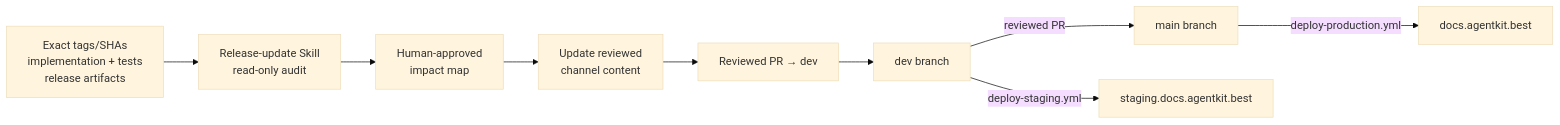
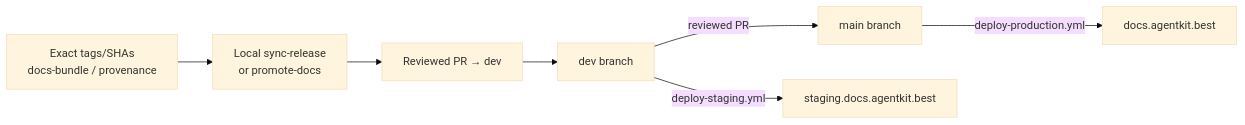
One commit to bestagentkits/agentkit-docs changed the first of 3 diagrams in docs/workflows/release-and-deploy.md. Above: the diagram before and after it, drawn with Mermaid (base theme). The commit also changed other lines of this file and 100 other files, not shown here.

````diff
--- a/docs/workflows/release-and-deploy.md
+++ b/docs/workflows/release-and-deploy.md
@@ -17,17 +26,15 @@
 ```mermaid
 flowchart LR
-  EVIDENCE["Exact tags/SHAs<br/>implementation + tests<br/>release artifacts"]
-  AUDIT["Release-update Skill<br/>read-only audit"]
-  IMPACT["Human-approved<br/>impact map"]
-  CONTENT["Update reviewed<br/>channel content"]
+  EVIDENCE["Exact tags/SHAs<br/>docs-bundle / provenance"]
+  LOCAL["Local sync-release<br/>or promote-docs"]
   PR["Reviewed PR → dev"]
   DEV["dev branch"]
   MAIN["main branch"]
   STG["staging.docs.agentkit.best"]
   PROD["docs.agentkit.best"]
 
-  EVIDENCE --> AUDIT --> IMPACT --> CONTENT --> PR --> DEV
+  EVIDENCE --> LOCAL --> PR --> DEV
   DEV -->|deploy-staging.yml| STG
   DEV -->|reviewed PR| MAIN
   MAIN -->|deploy-production.yml| PROD
 ```
````
